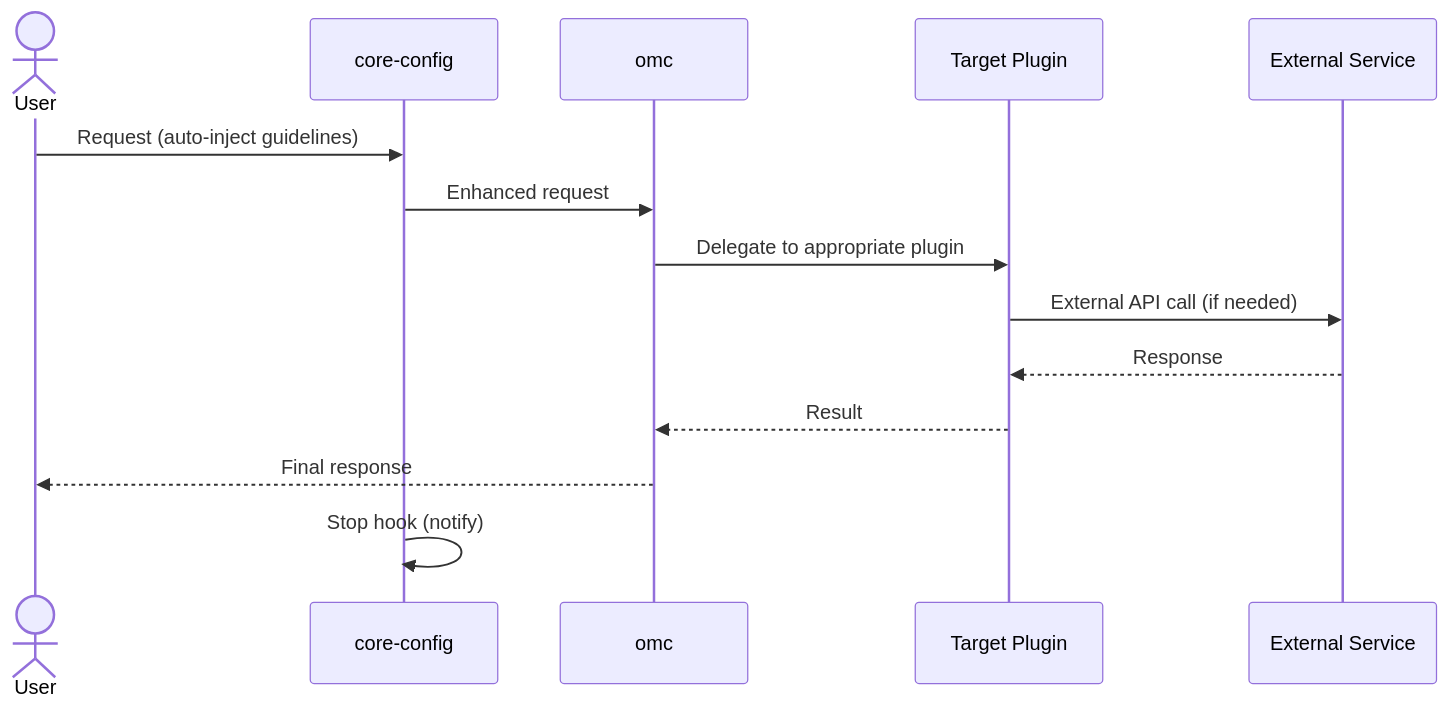
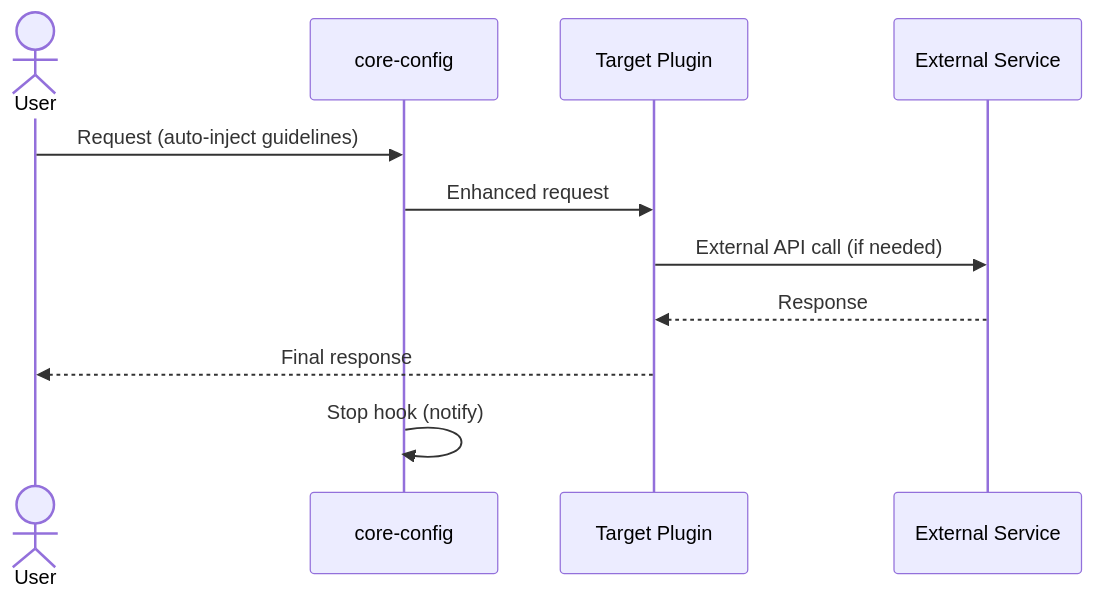
Before and after one commit to YoungjaeDev/my-claude-plugins: the second of 2 diagrams in docs/architecture/system-overview.md, drawn with Mermaid. The commit also changed other lines of this file and 21 other files, not shown here.

````diff
--- a/docs/architecture/system-overview.md
+++ b/docs/architecture/system-overview.md
@@ -105,17 +104,14 @@
 ```mermaid
 sequenceDiagram
     actor User
     participant CC as core-config
-    participant OMC as omc
     participant Plugin as Target Plugin
     participant Ext as External Service
 
     User->>CC: Request (auto-inject guidelines)
-    CC->>OMC: Enhanced request
-    OMC->>Plugin: Delegate to appropriate plugin
+    CC->>Plugin: Enhanced request
     Plugin->>Ext: External API call (if needed)
     Ext-->>Plugin: Response
-    Plugin-->>OMC: Result
-    OMC-->>User: Final response
+    Plugin-->>User: Final response
     CC->>CC: Stop hook (notify)
 ```
````
